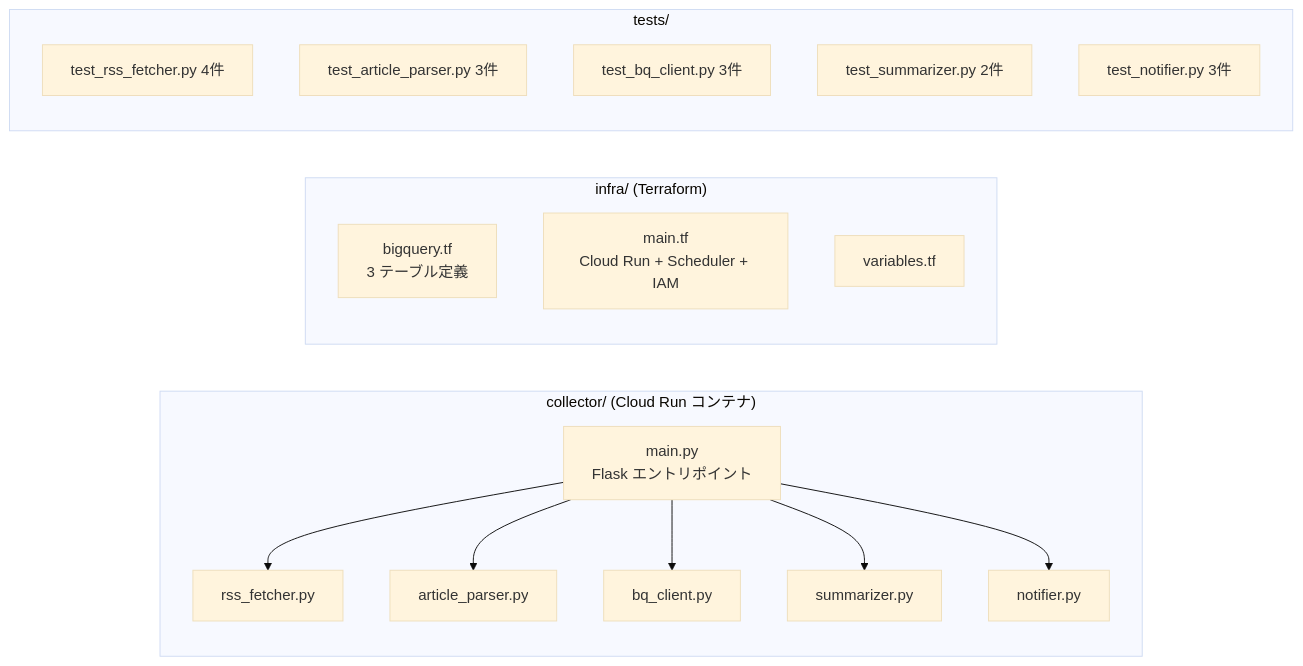
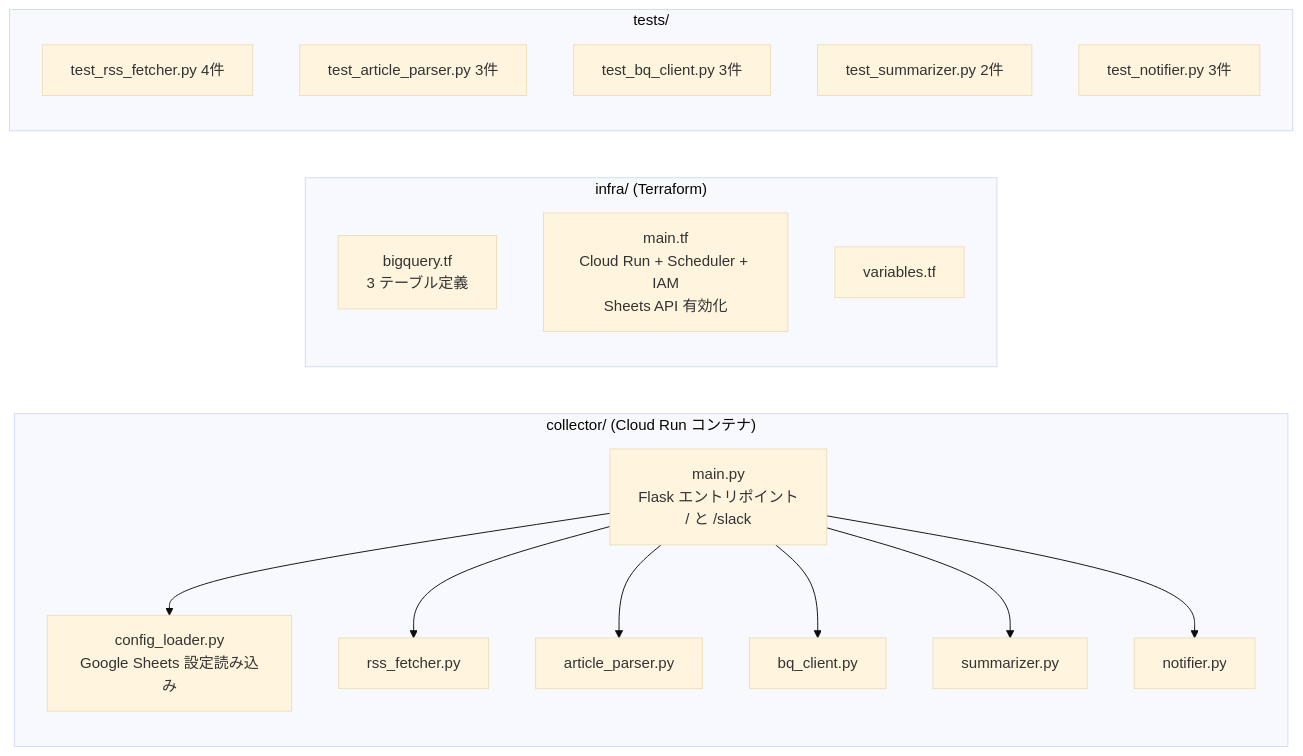
One commit to mishi5/data-platform-handson changed the third of 6 diagrams in docs/news-pipeline-architecture.md. Above: the diagram before and after it, drawn with Mermaid (base theme). The commit also changed other lines of this file and 9 other files, not shown here.

````diff
--- a/docs/news-pipeline-architecture.md
+++ b/docs/news-pipeline-architecture.md
@@ -55,31 +65,33 @@
 ```mermaid
 graph LR
     subgraph collector["collector/ (Cloud Run コンテナ)"]
-        MAIN[main.py<br/>Flask エントリポイント]
+        MAIN[main.py<br/>Flask エントリポイント<br/>/ と /slack]
+        CFG[config_loader.py<br/>Google Sheets 設定読み込み]
         RSS_F[rss_fetcher.py]
         ART_P[article_parser.py]
         BQ_C[bq_client.py]
         SUM[summarizer.py]
         NOT[notifier.py]
     end
 
     subgraph infra["infra/ (Terraform)"]
         TF_BQ[bigquery.tf<br/>3 テーブル定義]
-        TF_MAIN[main.tf<br/>Cloud Run + Scheduler + IAM]
+        TF_MAIN[main.tf<br/>Cloud Run + Scheduler + IAM<br/>Sheets API 有効化]
         TF_VAR[variables.tf]
     end
 
     subgraph tests["tests/"]
         T1[test_rss_fetcher.py 4件]
         T2[test_article_parser.py 3件]
         T3[test_bq_client.py 3件]
         T4[test_summarizer.py 2件]
         T5[test_notifier.py 3件]
     end
 
+    MAIN --> CFG
     MAIN --> RSS_F
     MAIN --> ART_P
     MAIN --> BQ_C
     MAIN --> SUM
     MAIN --> NOT
 ```
````
